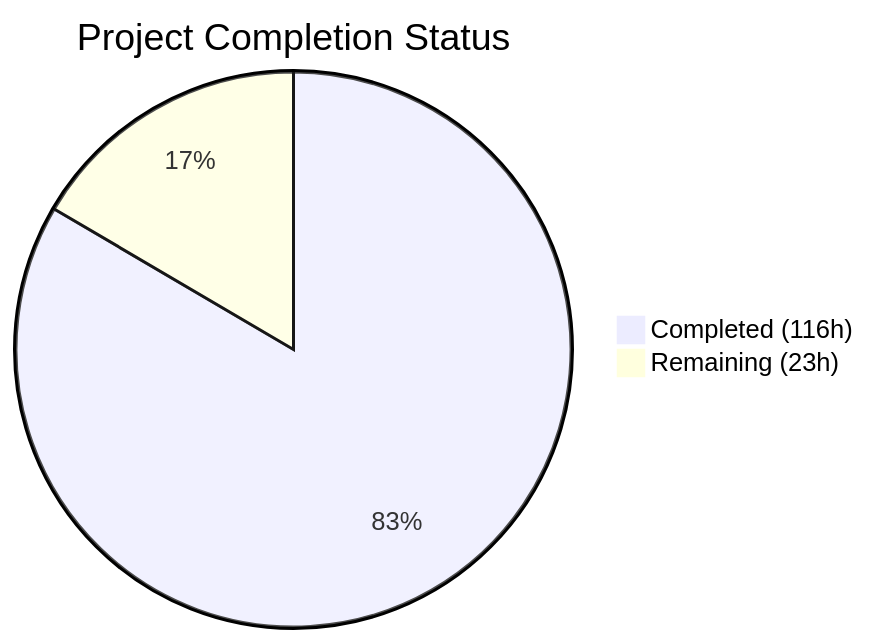
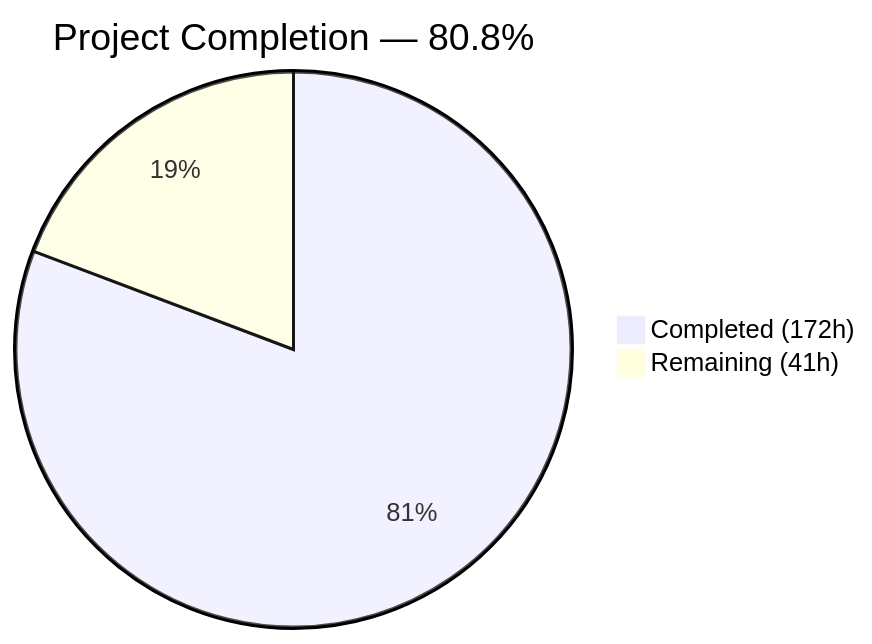
The first of 2 diagrams in blitzy/documentation/Project Guide.md (Blitzy-Sandbox/blitzy-cal), drawn with Mermaid before and after one commit. The commit also changed other lines of this file, not shown here.

Commit message:
Adding Blitzy Project Guide: Project Status and Human Tasks Remaining

````diff
--- a/blitzy/documentation/Project Guide.md
+++ b/blitzy/documentation/Project Guide.md
@@ -13,5 +13,5 @@
 ```mermaid
-pie title Project Completion Status
-    "Completed (116h)" : 116
-    "Remaining (23h)" : 23
+pie title Project Completion — 80.8%
+    "Completed (172h)" : 172
+    "Remaining (41h)" : 41
 ```
````
